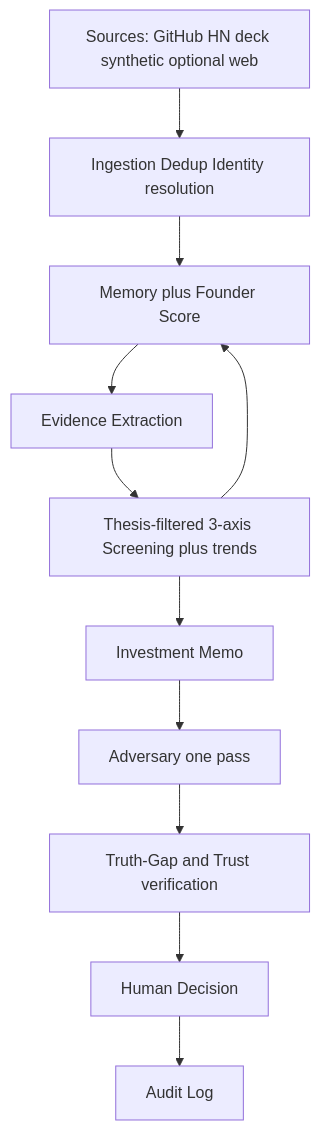
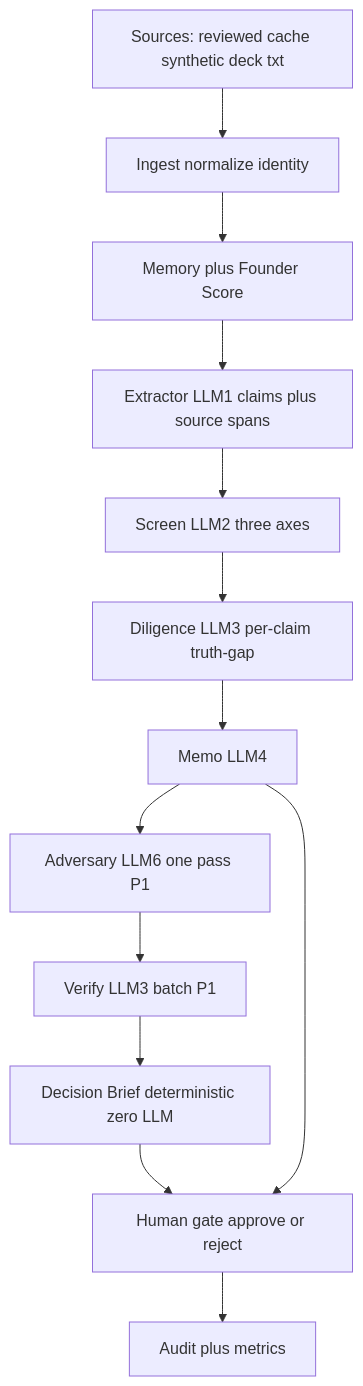
Before and after one commit to YagizSeymen/testtry: the second of 8 diagrams in Plan.md, drawn with Mermaid. The commit also changed other lines of this file, not shown here.

````diff
--- a/Plan.md
+++ b/Plan.md
@@ -147,24 +148,28 @@
 ```mermaid
 flowchart TB
-  Sources[Sources: GitHub HN deck synthetic optional web]
-  Ingest[Ingestion Dedup Identity resolution]
+  Sources[Sources: reviewed cache synthetic deck txt]
+  Ingest[Ingest normalize identity]
   MemoryNode[Memory plus Founder Score]
-  Extract[Evidence Extraction]
-  Screen[Thesis-filtered 3-axis Screening plus trends]
-  Memo[Investment Memo]
-  Adv[Adversary one pass]
-  Judge[Truth-Gap and Trust verification]
-  Human[Human Decision]
-  Audit[Audit Log]
+  Extract[Extractor LLM1 claims plus source spans]
+  Screen[Screen LLM2 three axes]
+  Diligence[Diligence LLM3 per-claim truth-gap]
+  Memo[Memo LLM4]
+  Adv[Adversary LLM6 one pass P1]
+  Verify[Verify LLM3 batch P1]
+  Brief[Decision Brief deterministic zero LLM]
+  Human[Human gate approve or reject]
+  Audit[Audit plus metrics]
 
   Sources --> Ingest
   Ingest --> MemoryNode
   MemoryNode --> Extract
   Extract --> Screen
-  Screen --> Memo
+  Screen --> Diligence
+  Diligence --> Memo
   Memo --> Adv
-  Adv --> Judge
-  Judge --> Human
+  Adv --> Verify
+  Verify --> Brief
+  Brief --> Human
+  Memo --> Human
   Human --> Audit
-  Screen --> MemoryNode
 ```
````
